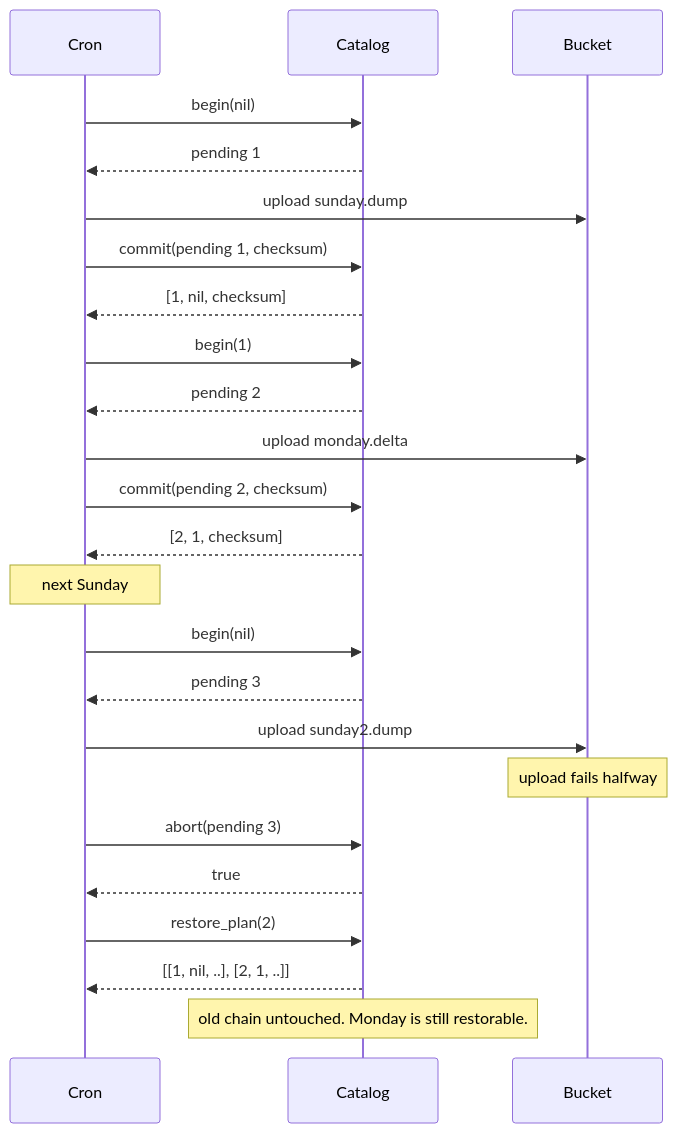
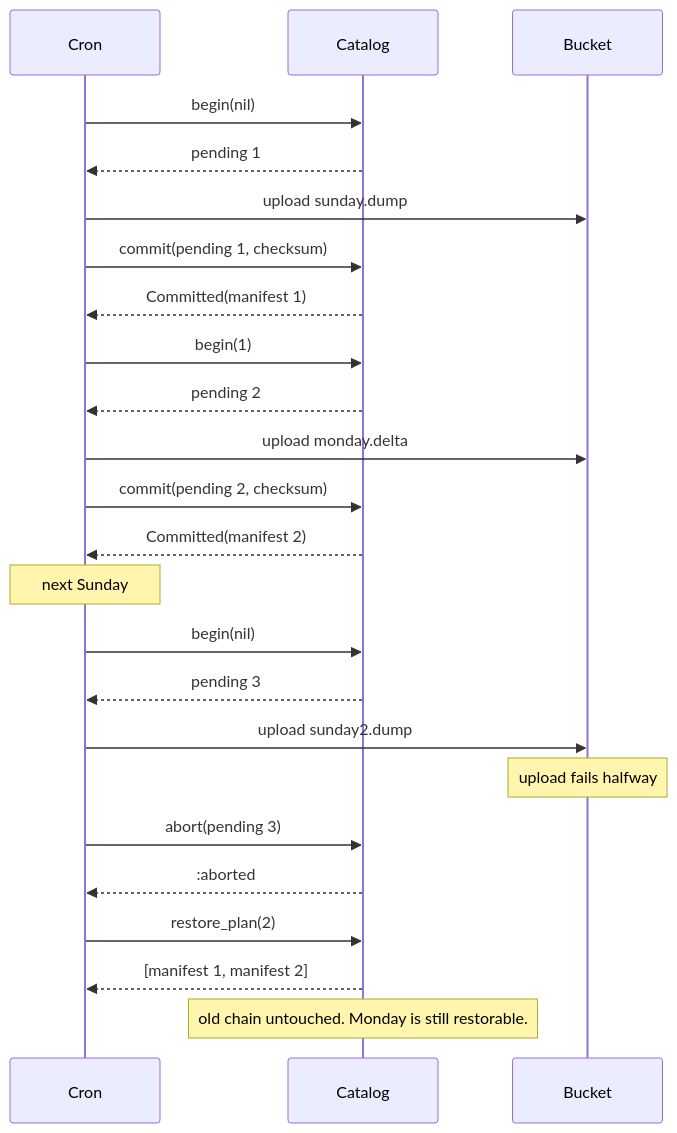
The second of 2 diagrams in README.md (seuros/snapshot_machines), drawn with Mermaid before and after one commit. The commit also changed other lines of this file and 24 other files, not shown here.

First line of the commit message:
feat!: scoped snapshot ids, Catalog::restored rebuilds the chain, private Manifest fields, exact-class boundary, clone-then-keep begin/commit

````diff
--- a/README.md
+++ b/README.md
@@ -75,29 +78,29 @@
 ```mermaid
 sequenceDiagram
     participant Cron
     participant Catalog
     participant Bucket
 
     Cron->>Catalog: begin(nil)
     Catalog-->>Cron: pending 1
     Cron->>Bucket: upload sunday.dump
     Cron->>Catalog: commit(pending 1, checksum)
-    Catalog-->>Cron: [1, nil, checksum]
+    Catalog-->>Cron: Committed(manifest 1)
 
     Cron->>Catalog: begin(1)
     Catalog-->>Cron: pending 2
     Cron->>Bucket: upload monday.delta
     Cron->>Catalog: commit(pending 2, checksum)
-    Catalog-->>Cron: [2, 1, checksum]
+    Catalog-->>Cron: Committed(manifest 2)
 
     Note over Cron: next Sunday
     Cron->>Catalog: begin(nil)
     Catalog-->>Cron: pending 3
     Cron->>Bucket: upload sunday2.dump
     Note over Bucket: upload fails halfway
     Cron->>Catalog: abort(pending 3)
-    Catalog-->>Cron: true
+    Catalog-->>Cron: :aborted
     Cron->>Catalog: restore_plan(2)
-    Catalog-->>Cron: [[1, nil, ..], [2, 1, ..]]
+    Catalog-->>Cron: [manifest 1, manifest 2]
     Note over Catalog: old chain untouched. Monday is still restorable.
 ```
````
